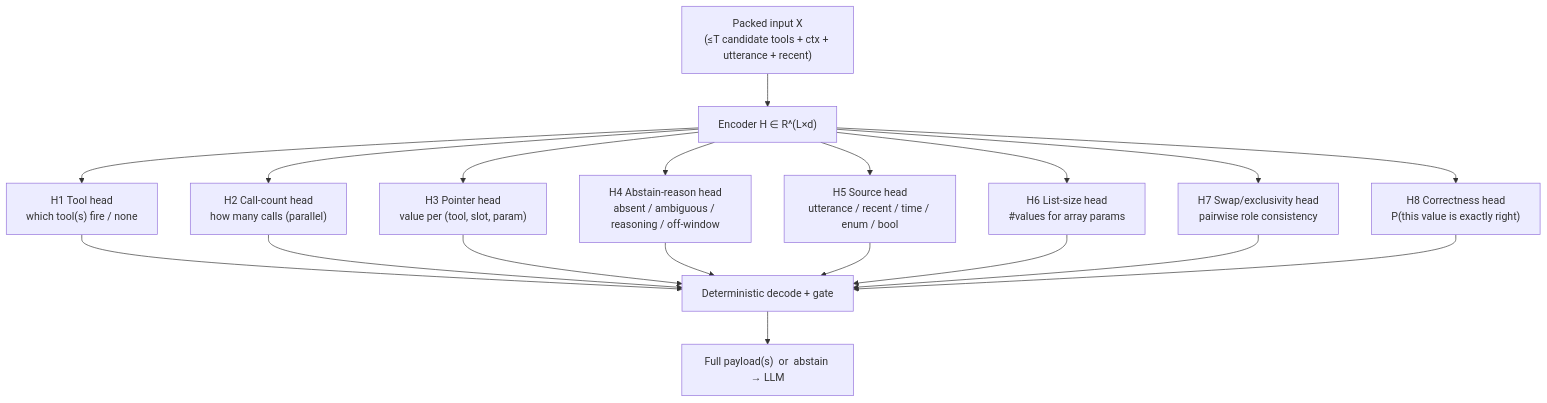
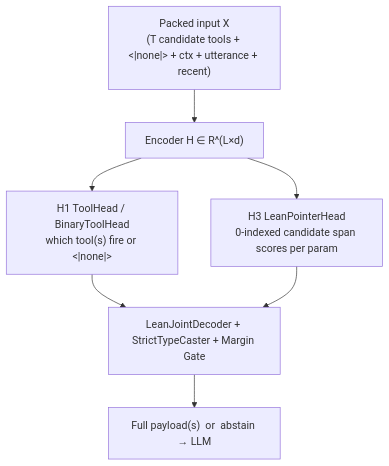
The diagram in docs/heads.md (eleluong/spancall), drawn with Mermaid before and after one commit. The commit also changed other lines of this file and 116 other files, not shown here.

````diff
--- a/docs/heads.md
+++ b/docs/heads.md
@@ -11,14 +21,8 @@
 ```mermaid
 flowchart TB
-  X["Packed input X<br/>(≤T candidate tools + ctx + utterance + recent)"] --> ENC["Encoder H ∈ R^(L×d)"]
-  ENC --> H1["H1 Tool head<br/>which tool(s) fire / none"]
-  ENC --> H2["H2 Call-count head<br/>how many calls (parallel)"]
-  ENC --> H3["H3 Pointer head<br/>value per (tool, slot, param)"]
-  ENC --> H4["H4 Abstain-reason head<br/>absent / ambiguous / reasoning / off-window"]
-  ENC --> H5["H5 Source head<br/>utterance / recent / time / enum / bool"]
-  ENC --> H6["H6 List-size head<br/>#values for array params"]
-  ENC --> H7["H7 Swap/exclusivity head<br/>pairwise role consistency"]
-  ENC --> H8["H8 Correctness head<br/>P(this value is exactly right)"]
-  H1 & H2 & H3 & H4 & H5 & H6 & H7 & H8 --> DEC["Deterministic decode + gate"]
+  X["Packed input X<br/>(T candidate tools + <|none|> + ctx + utterance + recent)"] --> ENC["Encoder H ∈ R^(L×d)"]
+  ENC --> H1["H1 ToolHead / BinaryToolHead<br/>which tool(s) fire or <|none|>"]
+  ENC --> H3["H3 LeanPointerHead<br/>0-indexed candidate span scores per param"]
+  H1 & H3 --> DEC["LeanJointDecoder + StrictTypeCaster + Margin Gate"]
   DEC --> OUT["Full payload(s)  or  abstain → LLM"]
 ```
````
